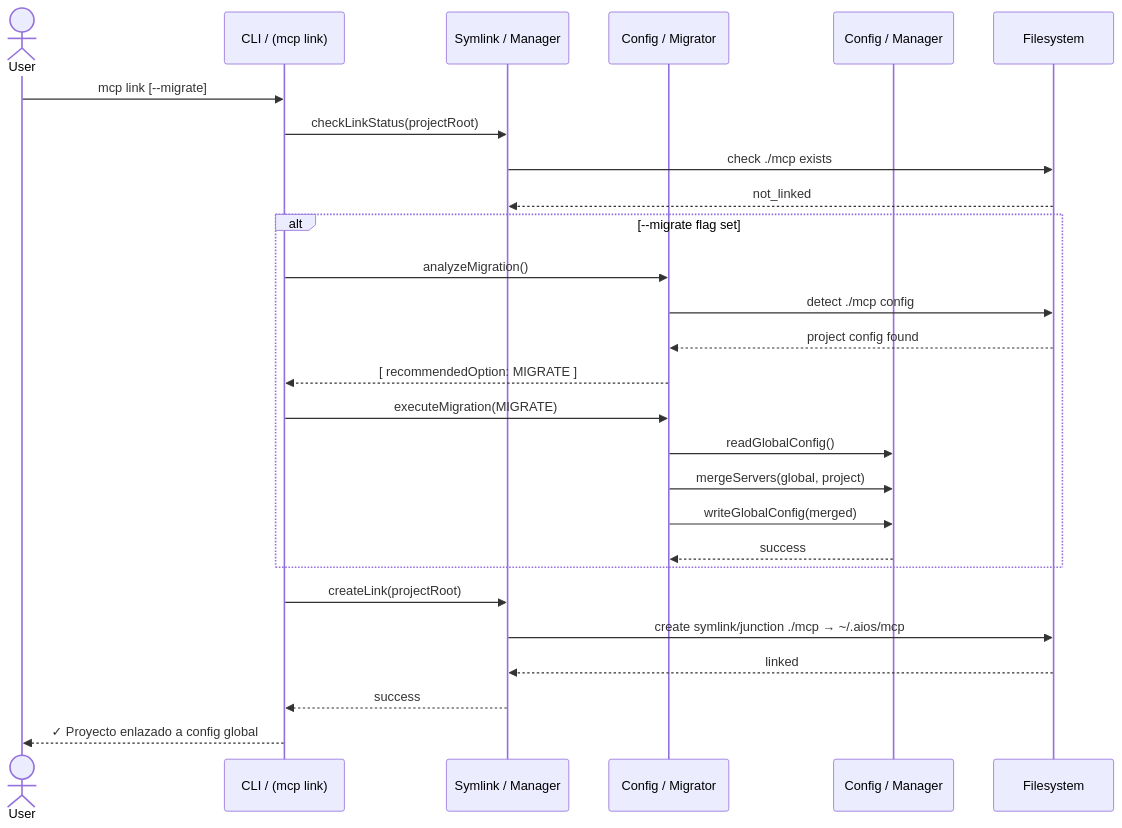
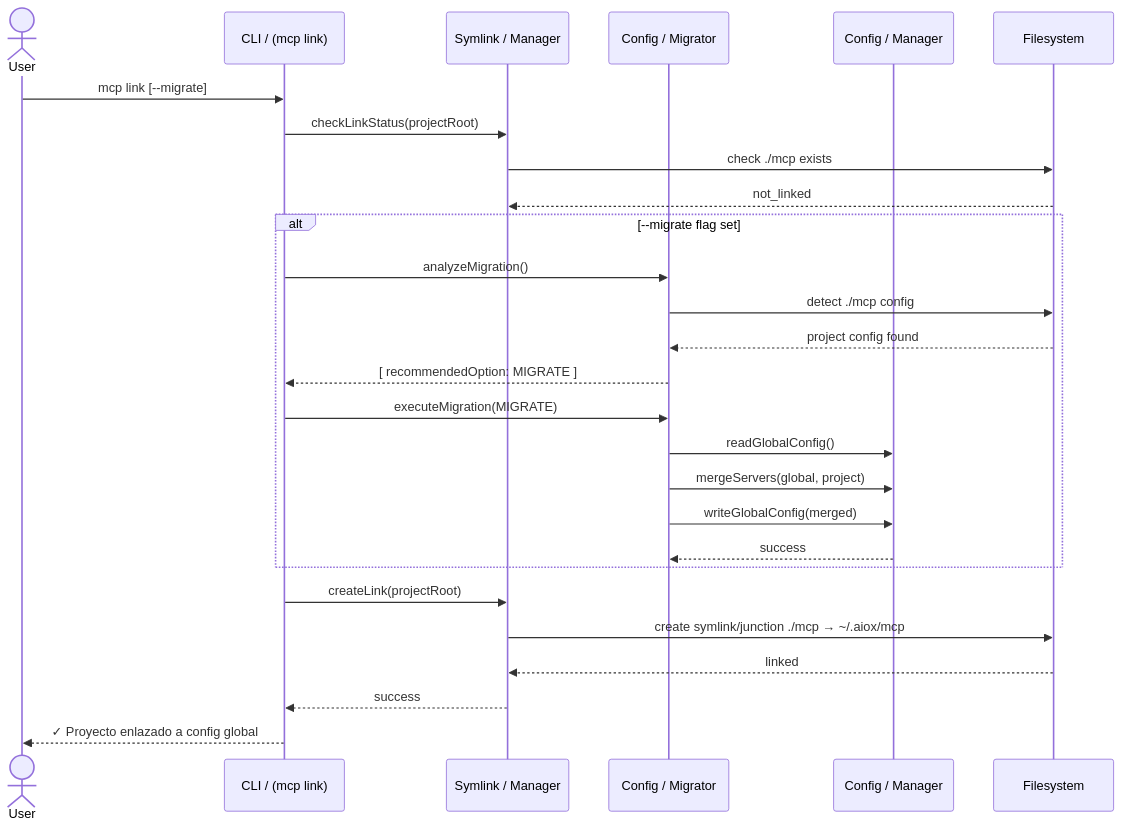
Before and after one commit to bychrisr/aios-docs: the second of 2 diagrams in content/es/docs/architecture/mcp-system-diagrams.mdx, drawn with Mermaid. The commit also changed other lines of this file and 564 other files, not shown here.

````diff
--- a/content/es/docs/architecture/mcp-system-diagrams.mdx
+++ b/content/es/docs/architecture/mcp-system-diagrams.mdx
@@ -49,30 +49,30 @@
 ```mermaid
 sequenceDiagram
     actor User
     participant CLI as CLI / (mcp link)
     participant Symlink as Symlink / Manager
     participant Migrator as Config / Migrator
     participant Mgr as Config / Manager
     participant FS as Filesystem
 
     User->>CLI: mcp link [--migrate]
     CLI->>Symlink: checkLinkStatus(projectRoot)
     Symlink->>FS: check ./mcp exists
     FS-->>Symlink: not_linked
     alt --migrate flag set
         CLI->>Migrator: analyzeMigration()
         Migrator->>FS: detect ./mcp config
         FS-->>Migrator: project config found
         Migrator-->>CLI: [ recommendedOption: MIGRATE ]
         CLI->>Migrator: executeMigration(MIGRATE)
         Migrator->>Mgr: readGlobalConfig()
         Migrator->>Mgr: mergeServers(global, project)
         Migrator->>Mgr: writeGlobalConfig(merged)
         Mgr-->>Migrator: success
     end
     CLI->>Symlink: createLink(projectRoot)
-    Symlink->>FS: create symlink/junction ./mcp → ~/.aios/mcp
+    Symlink->>FS: create symlink/junction ./mcp → ~/.aiox/mcp
     FS-->>Symlink: linked
     Symlink-->>CLI: success
     CLI-->>User: ✓ Proyecto enlazado a config global
 ```
````
